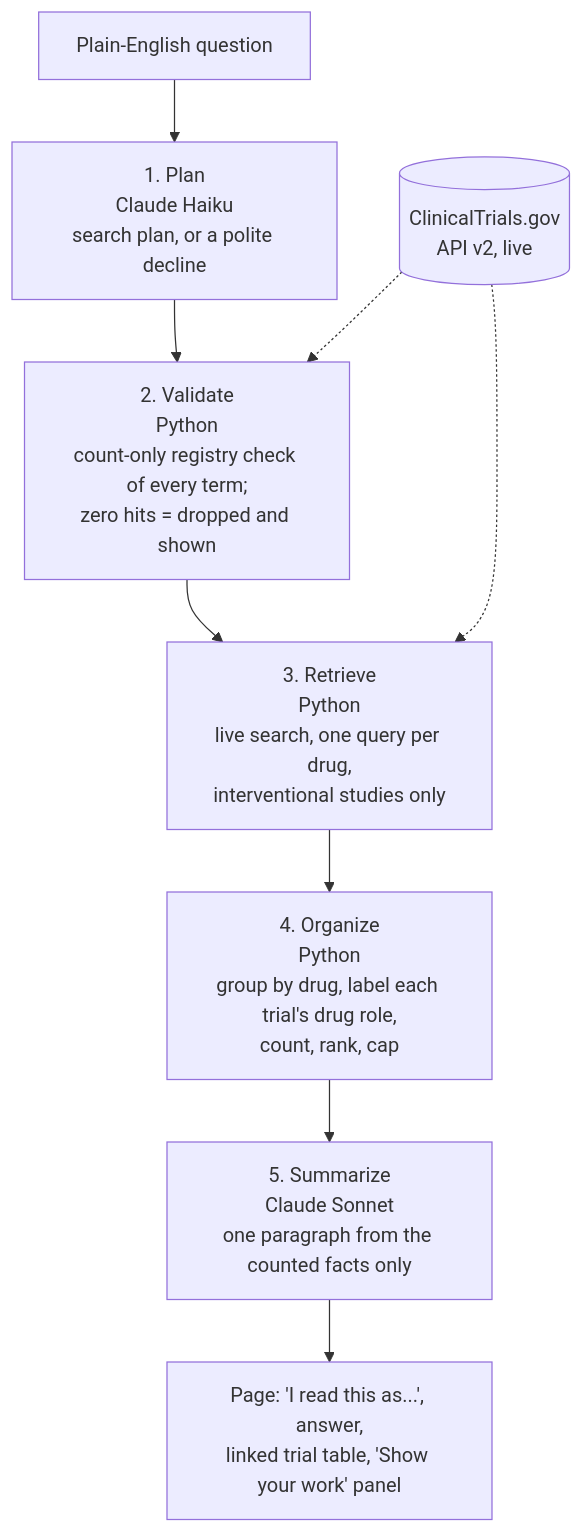
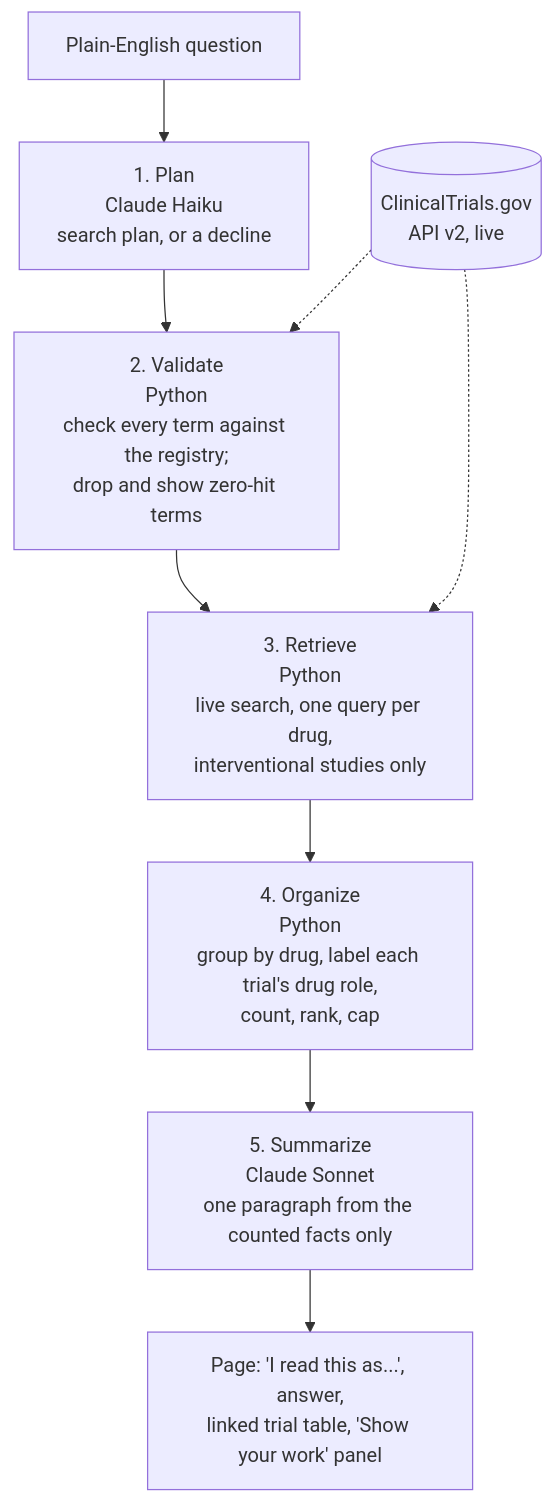
One commit to Brooks-Burt/TrialLens-AI changed the diagram in README.md. Above: the diagram before and after it, drawn with Mermaid. The commit also changed other lines of this file, not shown here.

````diff
--- a/README.md
+++ b/README.md
@@ -73,12 +53,12 @@
 ```mermaid
 flowchart TD
     Q[Plain-English question] --> P
-    P["1. Plan<br/>Claude Haiku<br/>search plan, or a polite decline"] --> V
-    V["2. Validate<br/>Python<br/>count-only registry check of every term;<br/>zero hits = dropped and shown"] --> R
+    P["1. Plan<br/>Claude Haiku<br/>search plan, or a decline"] --> V
+    V["2. Validate<br/>Python<br/>check every term against the registry;<br/>drop and show zero-hit terms"] --> R
     R["3. Retrieve<br/>Python<br/>live search, one query per drug,<br/>interventional studies only"] --> O
     O["4. Organize<br/>Python<br/>group by drug, label each trial's drug role,<br/>count, rank, cap"] --> S
     S["5. Summarize<br/>Claude Sonnet<br/>one paragraph from the counted facts only"] --> UI
     UI["Page: 'I read this as...', answer,<br/>linked trial table, 'Show your work' panel"]
     CT[(ClinicalTrials.gov<br/>API v2, live)] -.-> V
     CT -.-> R
 ```
````
